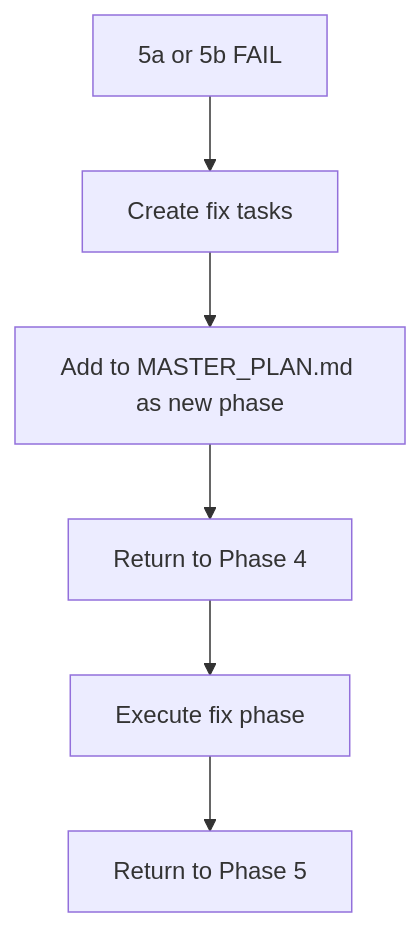
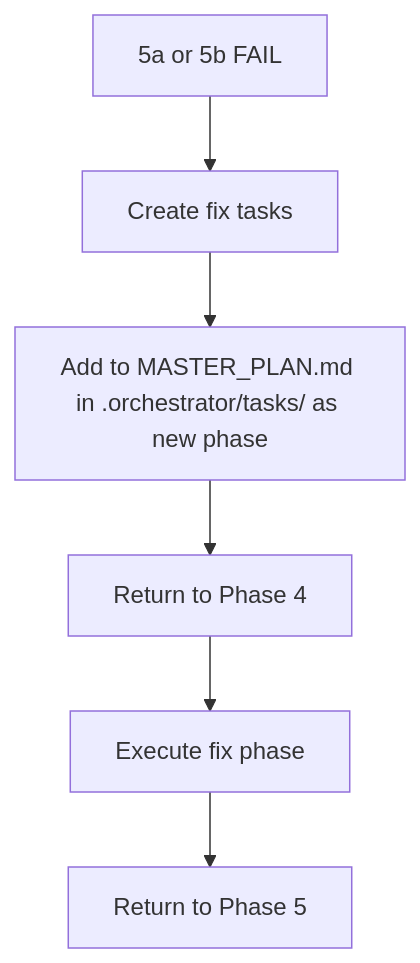
Before and after one commit to NachoFLizaur/corvus: the sixth of 6 diagrams in docs/ORCHESTRATOR-STATE-MACHINE.md, drawn with Mermaid. The commit also changed other lines of this file and 9 other files, not shown here.

First line of the commit message:
refactor: move task artifacts from tasks/ to .orchestrator/tasks/

````diff
--- a/docs/ORCHESTRATOR-STATE-MACHINE.md
+++ b/docs/ORCHESTRATOR-STATE-MACHINE.md
@@ -550,8 +550,8 @@
 ```mermaid
 flowchart TD
     A[5a or 5b FAIL] --> B[Create fix tasks]
-    B --> C[Add to MASTER_PLAN.md as new phase]
+    B --> C[Add to MASTER_PLAN.md in .orchestrator/tasks/ as new phase]
     C --> D[Return to Phase 4]
     D --> E[Execute fix phase]
     E --> F[Return to Phase 5]
 ```
````
